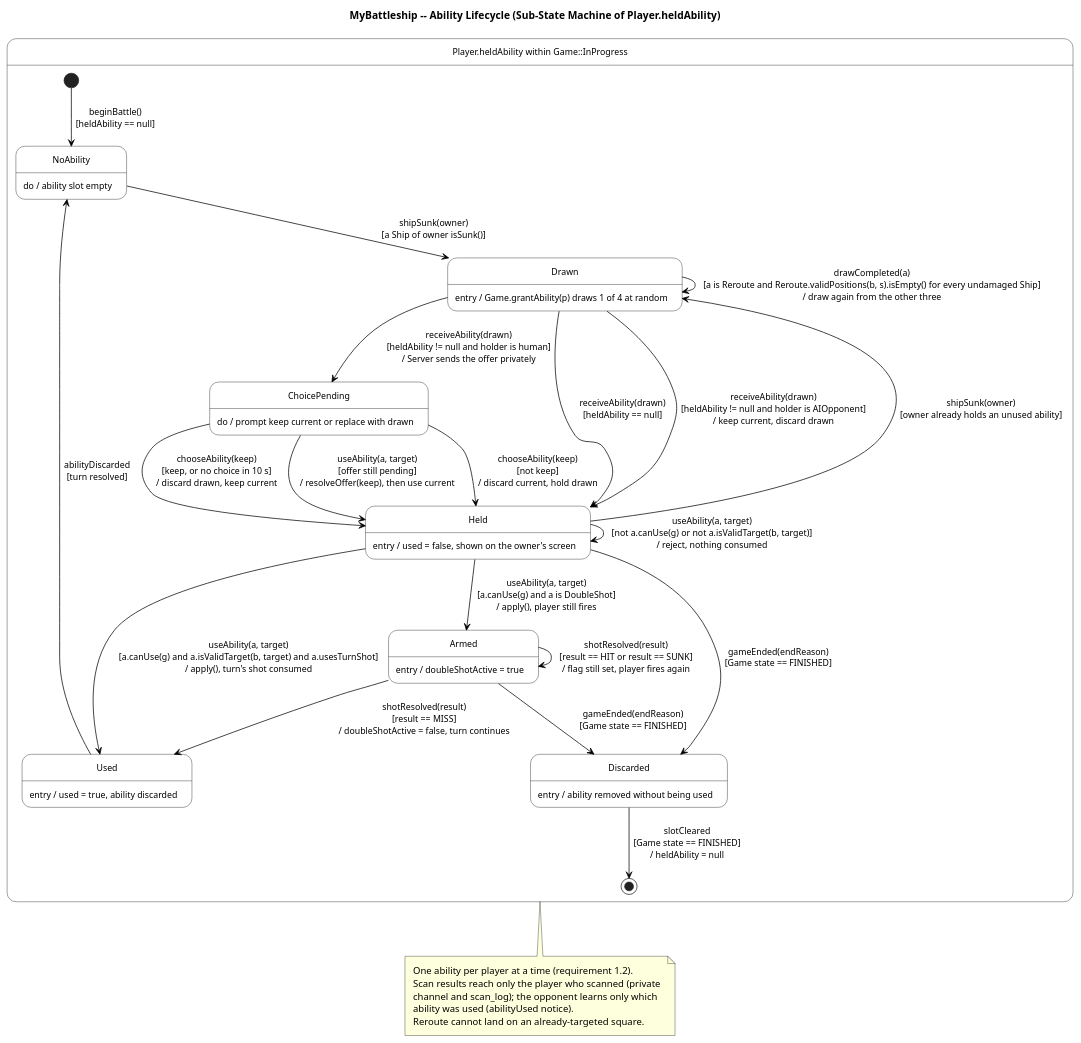
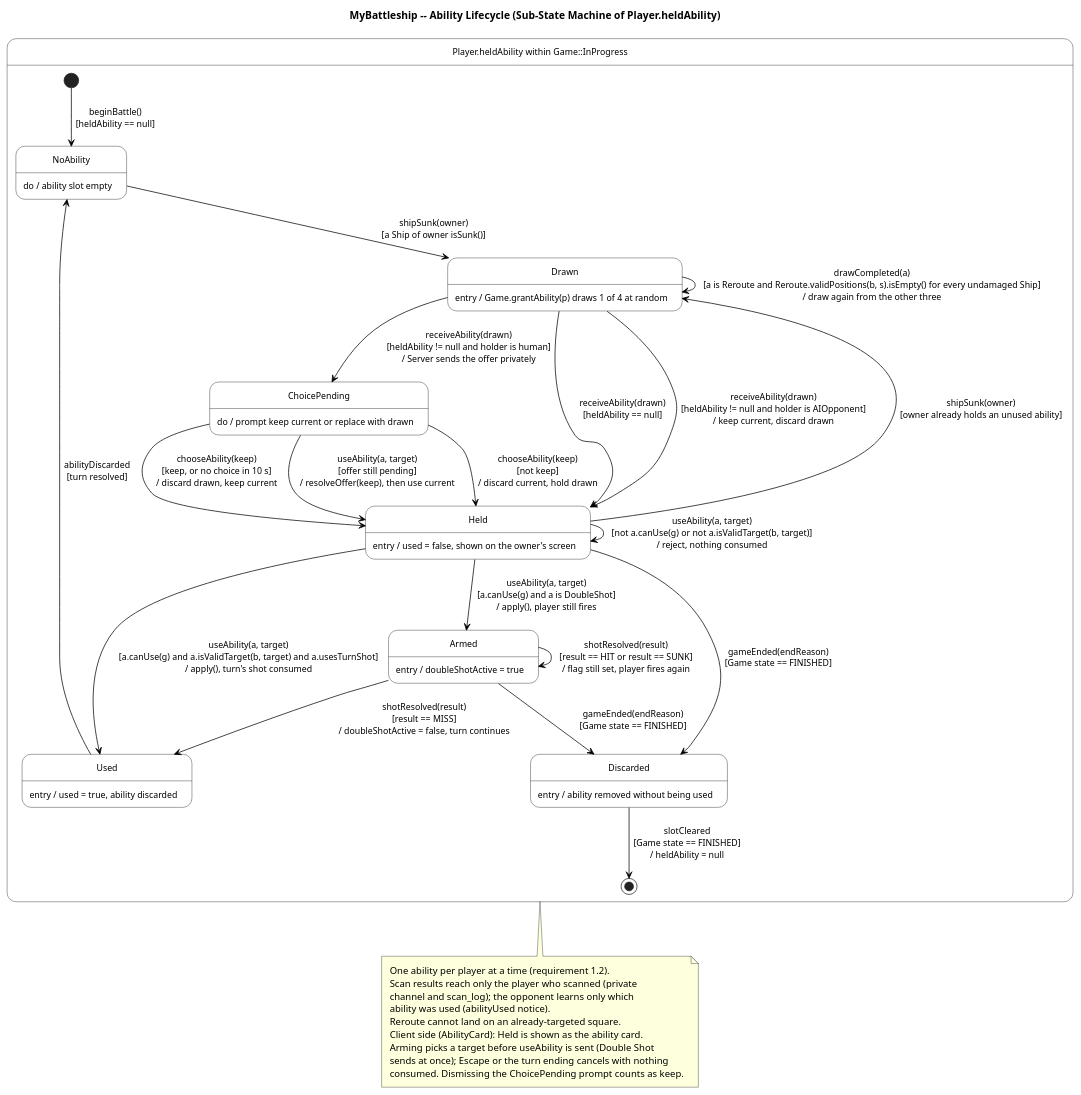
Before and after one commit to queeeety/battleship-online: the diagram in docs/uml/state/ability.puml, drawn with PlantUML. The commit also changed 13 other files, not shown here.

Commit message:
Add ability targeting, keep-or-replace prompt and scan highlights

```diff
--- a/docs/uml/state/ability.puml
+++ b/docs/uml/state/ability.puml
@@ -1,64 +1,68 @@
 @startuml 4_3_Ability_SubStateDiagram
 ' MyBattleship -- GroupXXAssign2.pdf, section 4.3: Ability (sub-state diagram)
 ' Expands Player.heldAbility within Game::InProgress. Covers UC4 Use Ability.
 title MyBattleship -- Ability Lifecycle (Sub-State Machine of Player.heldAbility)
 
 hide empty description
 skinparam nodesep 55
 skinparam ranksep 75
 skinparam padding 5
 skinparam defaultFontSize 13
 skinparam ArrowFontSize 12
 skinparam StateFontSize 14
 skinparam StateAttributeFontSize 12
 skinparam state {
   BackgroundColor White
   BorderColor Black
   ArrowColor Black
 }
 
 state "Player.heldAbility within Game::InProgress" as Lifecycle {
 
   [*] --> NoAbility : beginBattle()\n[heldAbility == null]
 
   state NoAbility : do / ability slot empty
   state Drawn : entry / Game.grantAbility(p) draws 1 of 4 at random
   state Held : entry / used = false, shown on the owner's screen
   state ChoicePending : do / prompt keep current or replace with drawn
   state Armed : entry / doubleShotActive = true
   state Used : entry / used = true, ability discarded
   state Discarded : entry / ability removed without being used
 
   NoAbility --> Drawn : shipSunk(owner)\n[a Ship of owner isSunk()]
   Held --> Drawn : shipSunk(owner)\n[owner already holds an unused ability]
 
   Drawn --> Drawn : drawCompleted(a)\n[a is Reroute and Reroute.validPositions(b, s).isEmpty() for every undamaged Ship]\n/ draw again from the other three
   Drawn --> Held : receiveAbility(drawn)\n[heldAbility == null]
   Drawn --> ChoicePending : receiveAbility(drawn)\n[heldAbility != null and holder is human]\n/ Server sends the offer privately
   Drawn --> Held : receiveAbility(drawn)\n[heldAbility != null and holder is AIOpponent]\n/ keep current, discard drawn
 
   ChoicePending --> Held : chooseAbility(keep)\n[not keep]\n/ discard current, hold drawn
   ChoicePending --> Held : chooseAbility(keep)\n[keep, or no choice in 10 s]\n/ discard drawn, keep current
   ChoicePending --> Held : useAbility(a, target)\n[offer still pending]\n/ resolveOffer(keep), then use current
 
   Held --> Held : useAbility(a, target)\n[not a.canUse(g) or not a.isValidTarget(b, target)]\n/ reject, nothing consumed
   Held --> Used : useAbility(a, target)\n[a.canUse(g) and a.isValidTarget(b, target) and a.usesTurnShot]\n/ apply(), turn's shot consumed
   Held --> Armed : useAbility(a, target)\n[a.canUse(g) and a is DoubleShot]\n/ apply(), player still fires
 
   Armed --> Used : shotResolved(result)\n[result == MISS]\n/ doubleShotActive = false, turn continues
   Armed --> Armed : shotResolved(result)\n[result == HIT or result == SUNK]\n/ flag still set, player fires again
 
   Used --> NoAbility : abilityDiscarded\n[turn resolved]
   Held --> Discarded : gameEnded(endReason)\n[Game state == FINISHED]
   Armed --> Discarded : gameEnded(endReason)\n[Game state == FINISHED]
   Discarded --> [*] : slotCleared\n[Game state == FINISHED]\n/ heldAbility = null
 }
 
 note bottom of Lifecycle
   One ability per player at a time (requirement 1.2).
   Scan results reach only the player who scanned (private
   channel and scan_log); the opponent learns only which
   ability was used (abilityUsed notice).
   Reroute cannot land on an already-targeted square.
+  Client side (AbilityCard): Held is shown as the ability card.
+  Arming picks a target before useAbility is sent (Double Shot
+  sends at once); Escape or the turn ending cancels with nothing
+  consumed. Dismissing the ChoicePending prompt counts as keep.
 end note
 @enduml
```
